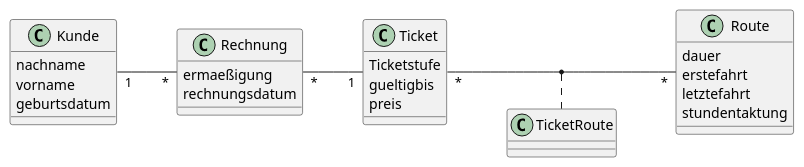
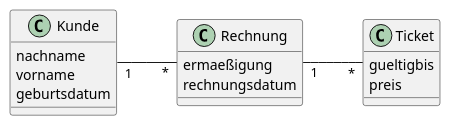
One commit to 2223-4bhitm-sew/01-microproject-eliasjust changed the diagram in asciidocs/index.adoc. Above: the diagram before and after it, drawn with PlantUML. The commit also changed 38 other files, not shown here.

```diff
--- a/asciidocs/index.adoc
+++ b/asciidocs/index.adoc
@@ -5,39 +5,30 @@
 [plantuml, class-diagram, svg]
 ----
 @startuml
 left to right direction
 class Kunde{
 nachname
 vorname
 geburtsdatum
 }
 class Ticket{
-Ticketstufe
 gueltigbis
 preis
 }
 
-class Route{
-dauer
-erstefahrt
-letztefahrt
-stundentaktung
-}
+
 class Rechnung{
 ermaeßigung
 rechnungsdatum
 
 }
 
 
 
 
-class TicketRoute{}
-Rechnung "*" -- "1" Ticket
-Ticket "*" -- "*" Route
+Rechnung "1" -- "*" Ticket
 Kunde "1" -- "*" Rechnung
 
 
-(Route,Ticket) .. TicketRoute
 @enduml
 ----
```
